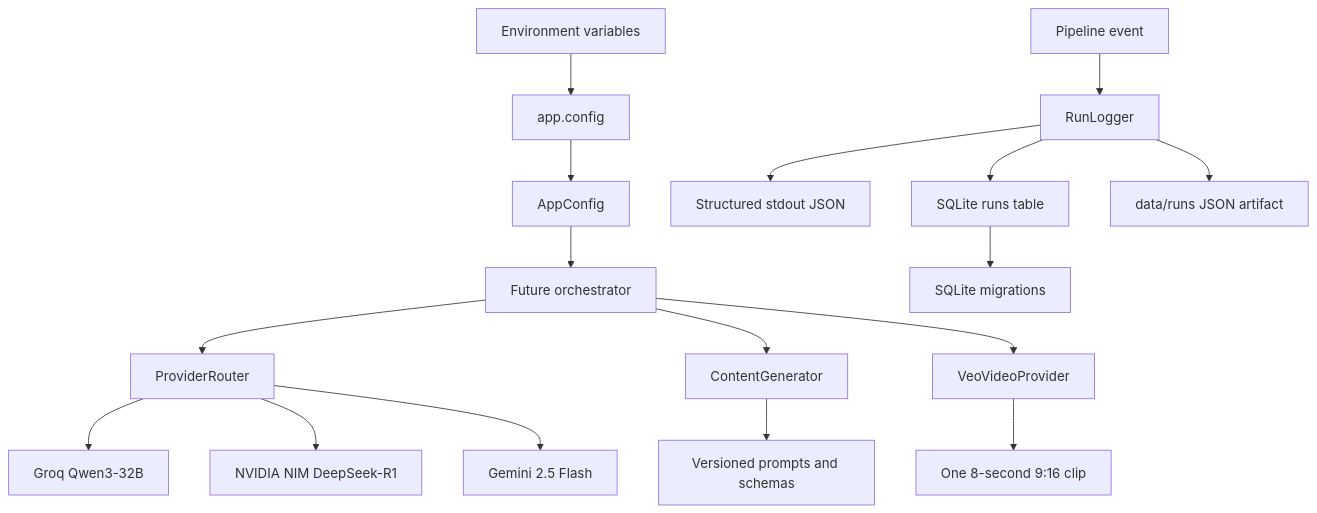
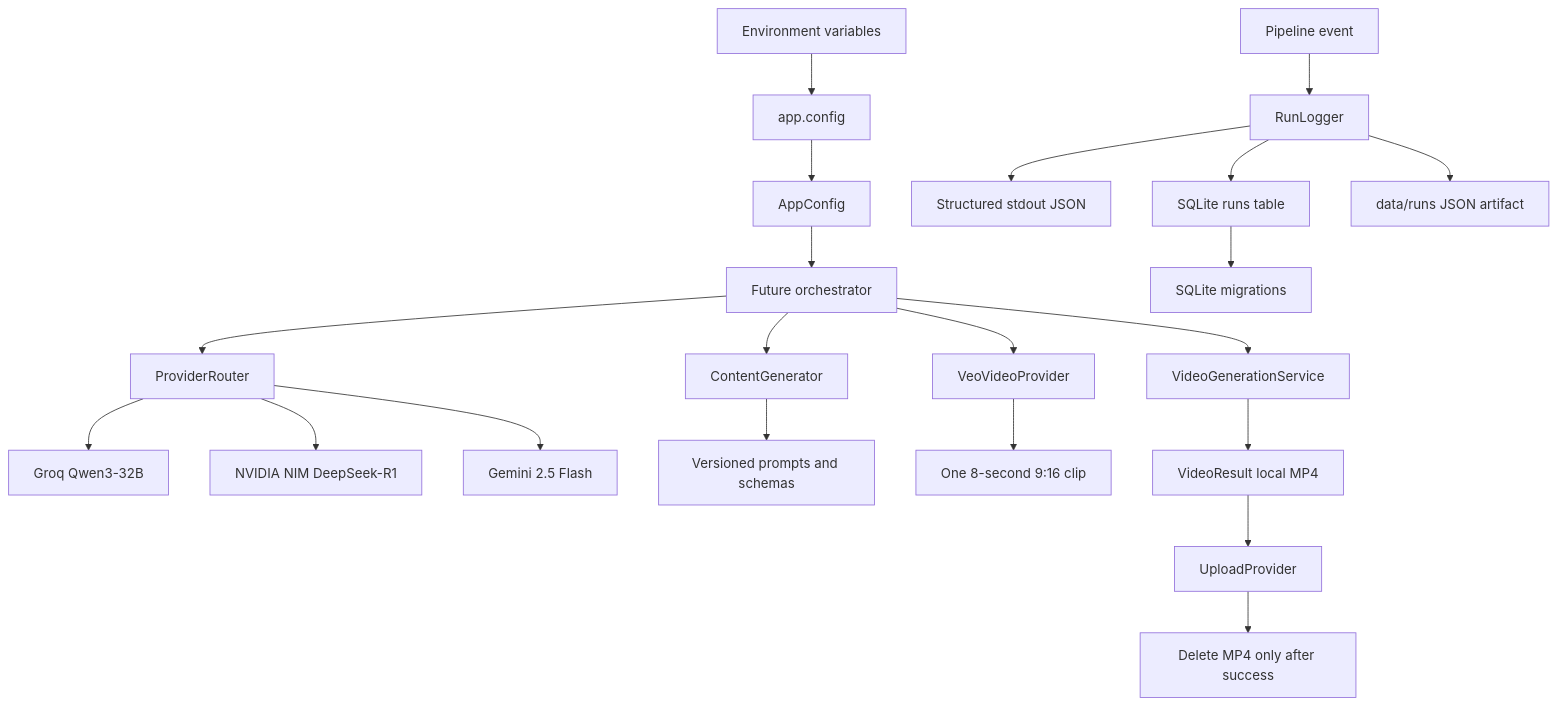
Before and after one commit to Aspect022/AI_Content_Factory: the diagram in docs/architecture.md, drawn with Mermaid. The commit also changed other lines of this file and 27 other files, not shown here.

````diff
--- a/docs/architecture.md
+++ b/docs/architecture.md
@@ -3,19 +3,23 @@
 ```mermaid
 flowchart TD
     A[Environment variables] --> B[app.config]
     B --> C[AppConfig]
     C --> D[Future orchestrator]
     D --> E[ProviderRouter]
     E --> F[Groq Qwen3-32B]
     E --> G[NVIDIA NIM DeepSeek-R1]
     E --> H[Gemini 2.5 Flash]
     D --> N[ContentGenerator]
     N --> O[Versioned prompts and schemas]
     D --> Q[VeoVideoProvider]
     Q --> R[One 8-second 9:16 clip]
+    D --> S[VideoGenerationService]
+    S --> T[VideoResult local MP4]
+    T --> U[UploadProvider]
+    U --> V[Delete MP4 only after success]
     I[Pipeline event] --> J[RunLogger]
     J --> K[Structured stdout JSON]
     J --> L[SQLite runs table]
     J --> M[data/runs JSON artifact]
     L --> P[SQLite migrations]
 ```
````
